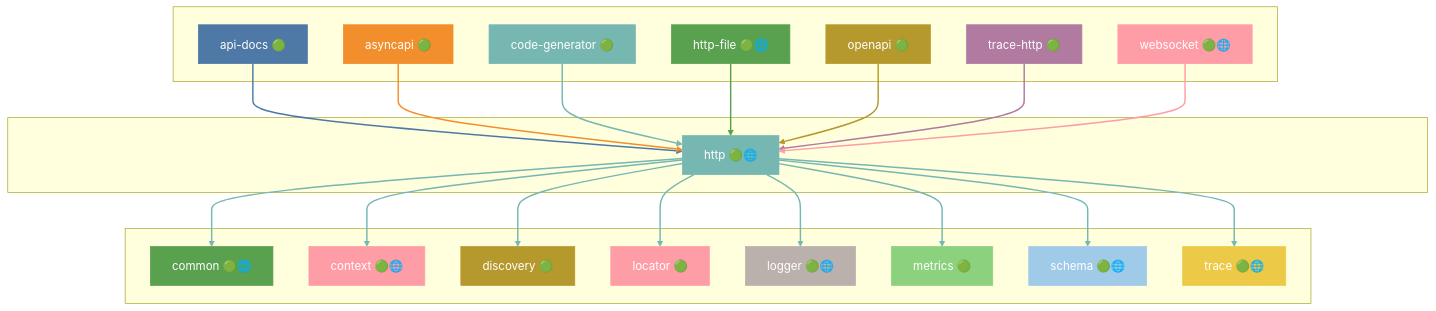
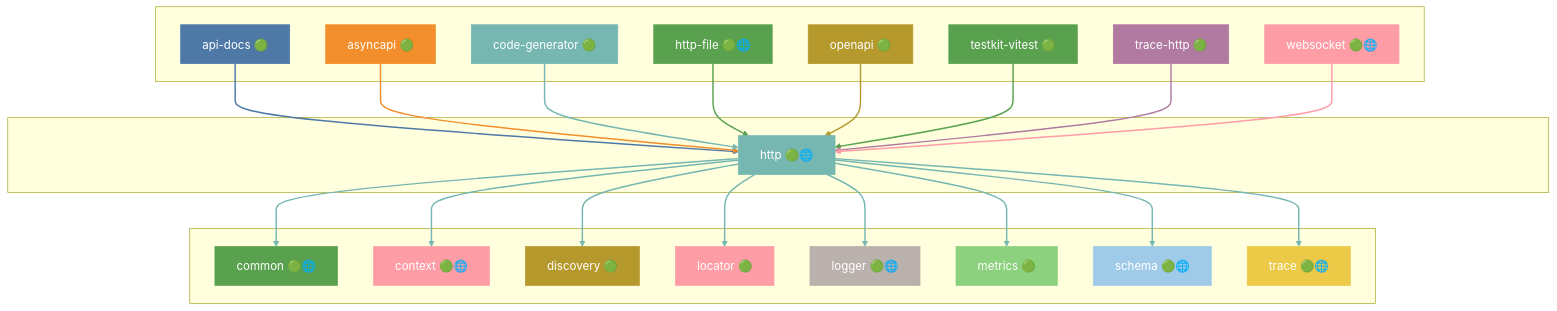
Diagram 23 of 45 in docs/DEPENDENCIES.md (grest-ts/grest-ts), drawn with Mermaid before and after one commit. The commit also changed other lines of this file and 22 other files, not shown here.

````diff
--- a/docs/DEPENDENCIES.md
+++ b/docs/DEPENDENCIES.md
@@ -1095,71 +1141,75 @@
 ```mermaid
 flowchart TB
     subgraph Dependents[" "]
         api-docs["api-docs 🟢"]
         asyncapi["asyncapi 🟢"]
         code-generator["code-generator 🟢"]
         http-file["http-file 🟢🌐"]
         openapi["openapi 🟢"]
+        testkit-vitest["testkit-vitest 🟢"]
         trace-http["trace-http 🟢"]
         websocket["websocket 🟢🌐"]
     end
     subgraph Package[" "]
         http["http 🟢🌐"]
     end
     subgraph Dependencies[" "]
         common["common 🟢🌐"]
         context["context 🟢🌐"]
         discovery["discovery 🟢"]
         locator["locator 🟢"]
         logger["logger 🟢🌐"]
         metrics["metrics 🟢"]
         schema["schema 🟢🌐"]
         trace["trace 🟢🌐"]
     end
     api-docs --> http
     asyncapi --> http
     code-generator --> http
     http-file --> http
     openapi --> http
+    testkit-vitest --> http
     trace-http --> http
     websocket --> http
     http --> common
     http --> context
     http --> discovery
     http --> locator
     http --> logger
     http --> metrics
     http --> schema
     http --> trace
     style http fill:#76B7B2,stroke:#76B7B2,color:#fff
     style api-docs fill:#4E79A7,stroke:#4E79A7,color:#fff
     style asyncapi fill:#F28E2B,stroke:#F28E2B,color:#fff
     style code-generator fill:#76B7B2,stroke:#76B7B2,color:#fff
     style http-file fill:#59A14F,stroke:#59A14F,color:#fff
     style openapi fill:#B6992D,stroke:#B6992D,color:#fff
+    style testkit-vitest fill:#59A14F,stroke:#59A14F,color:#fff
     style trace-http fill:#B07AA1,stroke:#B07AA1,color:#fff
     style websocket fill:#FF9DA7,stroke:#FF9DA7,color:#fff
     style common fill:#59A14F,stroke:#59A14F,color:#fff
     style context fill:#FF9DA7,stroke:#FF9DA7,color:#fff
     style discovery fill:#B6992D,stroke:#B6992D,color:#fff
     style locator fill:#FF9DA7,stroke:#FF9DA7,color:#fff
     style logger fill:#BAB0AC,stroke:#BAB0AC,color:#fff
     style metrics fill:#8CD17D,stroke:#8CD17D,color:#fff
     style schema fill:#A0CBE8,stroke:#A0CBE8,color:#fff
     style trace fill:#EDC948,stroke:#EDC948,color:#fff
     linkStyle 0 stroke:#4E79A7,stroke-width:2px
     linkStyle 1 stroke:#F28E2B,stroke-width:2px
     linkStyle 2 stroke:#76B7B2,stroke-width:2px
     linkStyle 3 stroke:#59A14F,stroke-width:2px
     linkStyle 4 stroke:#B6992D,stroke-width:2px
-    linkStyle 5 stroke:#B07AA1,stroke-width:2px
-    linkStyle 6 stroke:#FF9DA7,stroke-width:2px
-    linkStyle 7 stroke:#76B7B2,stroke-width:2px
+    linkStyle 5 stroke:#59A14F,stroke-width:2px
+    linkStyle 6 stroke:#B07AA1,stroke-width:2px
+    linkStyle 7 stroke:#FF9DA7,stroke-width:2px
     linkStyle 8 stroke:#76B7B2,stroke-width:2px
     linkStyle 9 stroke:#76B7B2,stroke-width:2px
     linkStyle 10 stroke:#76B7B2,stroke-width:2px
     linkStyle 11 stroke:#76B7B2,stroke-width:2px
     linkStyle 12 stroke:#76B7B2,stroke-width:2px
     linkStyle 13 stroke:#76B7B2,stroke-width:2px
     linkStyle 14 stroke:#76B7B2,stroke-width:2px
+    linkStyle 15 stroke:#76B7B2,stroke-width:2px
 ```
````
